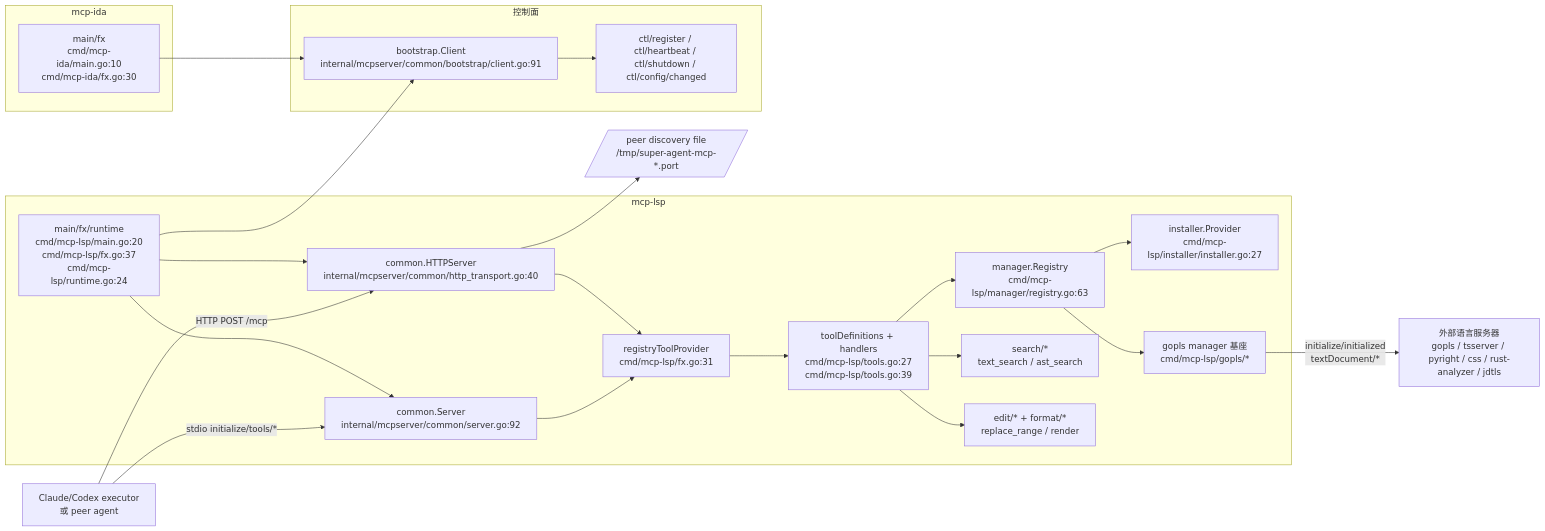
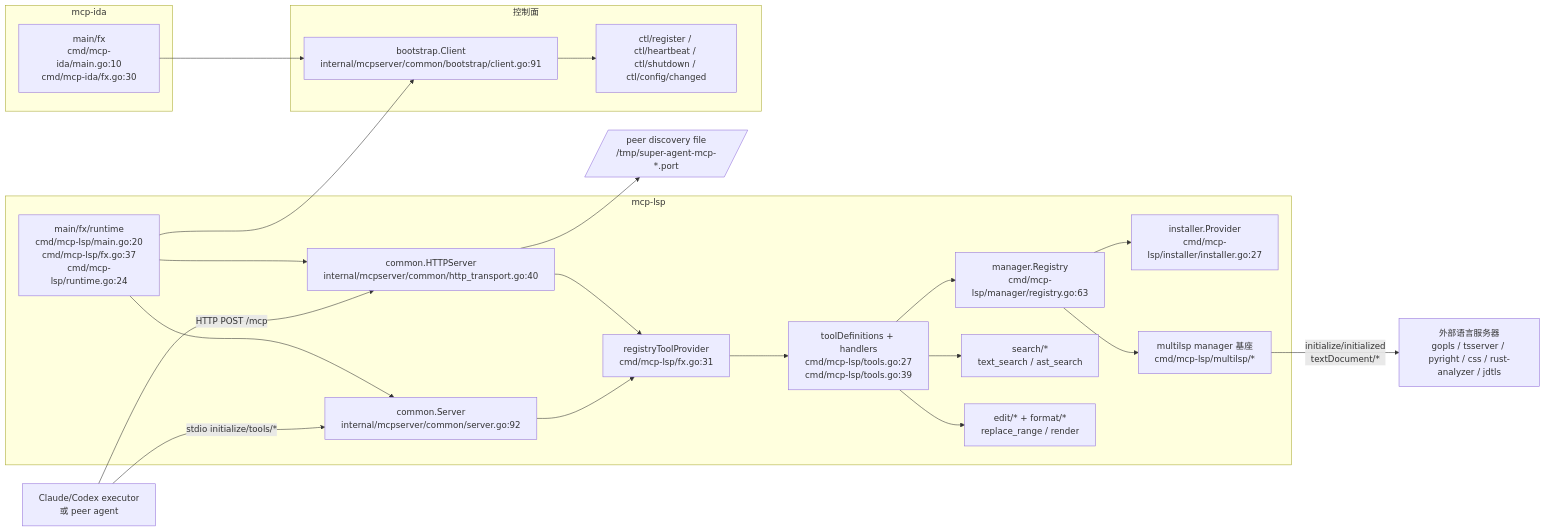
The first of 4 diagrams in docs/doc/codemap/03-mcp-lsp-ida.md (lihah111222333-cloud/Super-Dolphin-Agent-Cockpit), drawn with Mermaid before and after one commit. The commit also changed other lines of this file and 35 other files, not shown here.

Commit message:
refactor(mcp-lsp): generalize LSP manager package

````diff
--- a/docs/doc/codemap/03-mcp-lsp-ida.md
+++ b/docs/doc/codemap/03-mcp-lsp-ida.md
@@ -24,43 +24,43 @@
 ```mermaid
 flowchart LR
     Client[Claude/Codex executor\n或 peer agent]
     subgraph LSP[mcp-lsp]
         Main[main/fx/runtime\ncmd/mcp-lsp/main.go:20\ncmd/mcp-lsp/fx.go:37\ncmd/mcp-lsp/runtime.go:24]
         Stdio[common.Server\ninternal/mcpserver/common/server.go:92]
         HTTP[common.HTTPServer\ninternal/mcpserver/common/http_transport.go:40]
         Provider[registryToolProvider\ncmd/mcp-lsp/fx.go:31]
         Tools[toolDefinitions + handlers\ncmd/mcp-lsp/tools.go:27\ncmd/mcp-lsp/tools.go:39]
         Registry[manager.Registry\ncmd/mcp-lsp/manager/registry.go:63]
         Search[search/*\ntext_search / ast_search]
         Edit[edit/* + format/*\nreplace_range / render]
         Installer[installer.Provider\ncmd/mcp-lsp/installer/installer.go:27]
-        LSPMgr[gopls manager 基座\ncmd/mcp-lsp/gopls/*]
+        LSPMgr[multilsp manager 基座\ncmd/mcp-lsp/multilsp/*]
     end
     subgraph IDA[mcp-ida]
         IDAMain[main/fx\ncmd/mcp-ida/main.go:10\ncmd/mcp-ida/fx.go:30]
     end
     subgraph CP[控制面]
         Bootstrap[bootstrap.Client\ninternal/mcpserver/common/bootstrap/client.go:91]
         RPC[ctl/register / ctl/heartbeat / ctl/shutdown / ctl/config/changed]
     end
     Lang[外部语言服务器\ngopls / tsserver / pyright / css / rust-analyzer / jdtls]
     Discovery[/peer discovery file\n/tmp/super-agent-mcp-*.port/]
 
     Client -->|stdio initialize/tools/*| Stdio
     Client -->|HTTP POST /mcp| HTTP
     Main --> Stdio
     Main --> HTTP
     Stdio --> Provider
     HTTP --> Provider
     Provider --> Tools
     Tools --> Registry
     Tools --> Search
     Tools --> Edit
     Registry --> Installer
     Registry --> LSPMgr
     LSPMgr -->|initialize/initialized\ntextDocument/*| Lang
     Main --> Bootstrap
     IDAMain --> Bootstrap
     Bootstrap --> RPC
     HTTP --> Discovery
 ```
````
